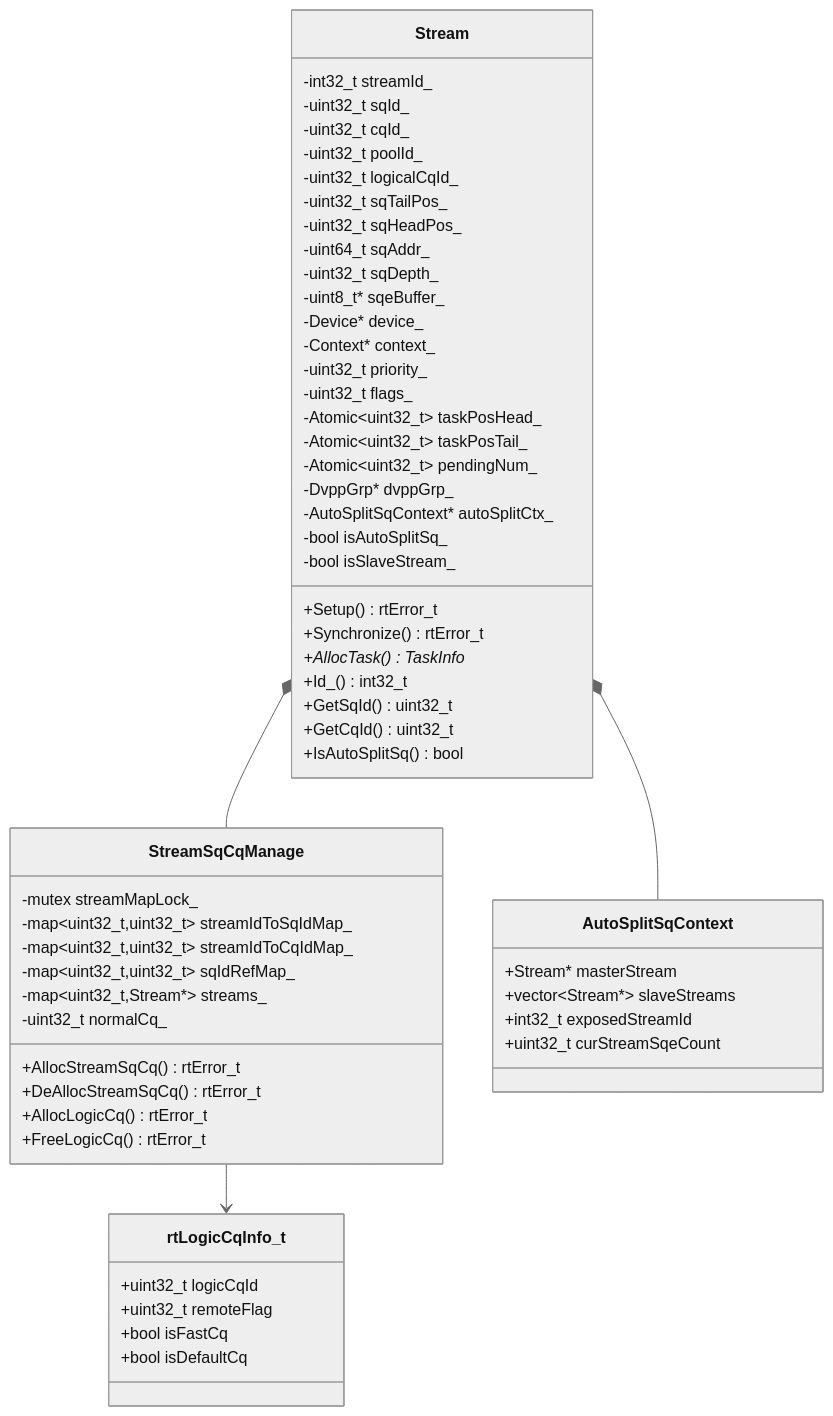
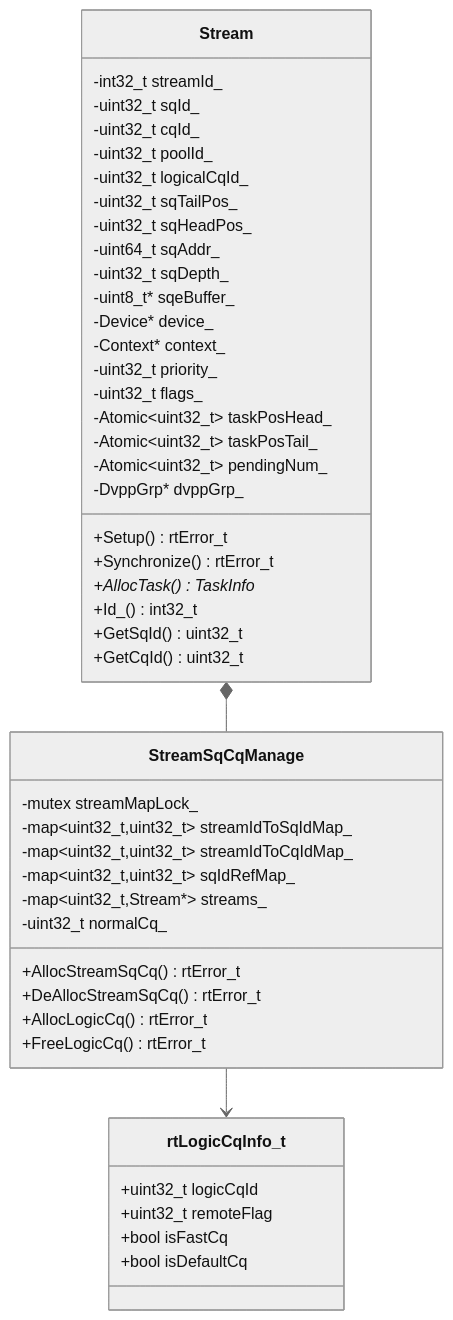
The sixth of 6 diagrams in docs/design/modules/stream/stream.md (18liumin/runtime), drawn with Mermaid (neutral theme) before and after one commit. The commit also changed other lines of this file, not shown here.

````diff
--- a/docs/design/modules/stream/stream.md
+++ b/docs/design/modules/stream/stream.md
@@ -534,64 +404,52 @@
 ```mermaid
 classDiagram
     class Stream {
         -int32_t streamId_
         -uint32_t sqId_
         -uint32_t cqId_
         -uint32_t poolId_
         -uint32_t logicalCqId_
         -uint32_t sqTailPos_
         -uint32_t sqHeadPos_
         -uint64_t sqAddr_
         -uint32_t sqDepth_
         -uint8_t* sqeBuffer_
         -Device* device_
         -Context* context_
         -uint32_t priority_
         -uint32_t flags_
         -Atomic~uint32_t~ taskPosHead_
         -Atomic~uint32_t~ taskPosTail_
         -Atomic~uint32_t~ pendingNum_
         -DvppGrp* dvppGrp_
-        -AutoSplitSqContext* autoSplitCtx_
-        -bool isAutoSplitSq_
-        -bool isSlaveStream_
         +Setup() rtError_t
         +Synchronize() rtError_t
         +AllocTask() TaskInfo*
         +Id_() int32_t
         +GetSqId() uint32_t
         +GetCqId() uint32_t
-        +IsAutoSplitSq() bool
     }
     
     class StreamSqCqManage {
         -mutex streamMapLock_
         -map~uint32_t,uint32_t~ streamIdToSqIdMap_
         -map~uint32_t,uint32_t~ streamIdToCqIdMap_
         -map~uint32_t,uint32_t~ sqIdRefMap_
         -map~uint32_t,Stream*~ streams_
         -uint32_t normalCq_
         +AllocStreamSqCq() rtError_t
         +DeAllocStreamSqCq() rtError_t
         +AllocLogicCq() rtError_t
         +FreeLogicCq() rtError_t
     }
-    
-    class AutoSplitSqContext {
-        +Stream* masterStream
-        +vector~Stream*~ slaveStreams
-        +int32_t exposedStreamId
-        +uint32_t curStreamSqeCount
-    }
-    
+
     class rtLogicCqInfo_t {
         +uint32_t logicCqId
         +uint32_t remoteFlag
         +bool isFastCq
         +bool isDefaultCq
     }
-    
+
     Stream *-- StreamSqCqManage
-    Stream *-- AutoSplitSqContext
     StreamSqCqManage --> rtLogicCqInfo_t
 ```
````
